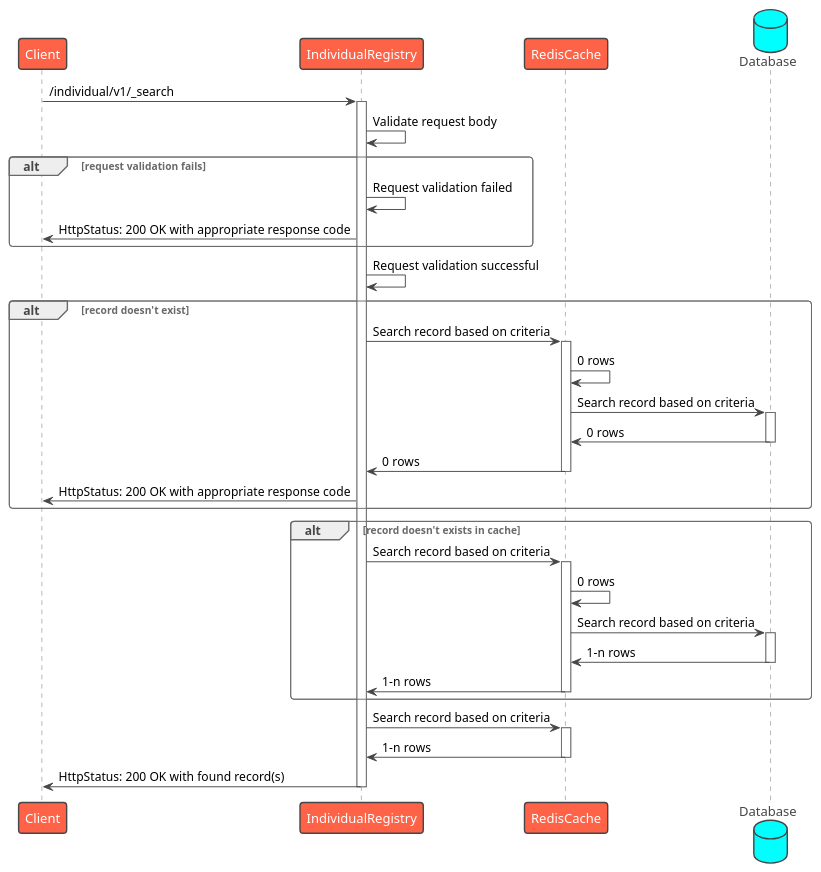
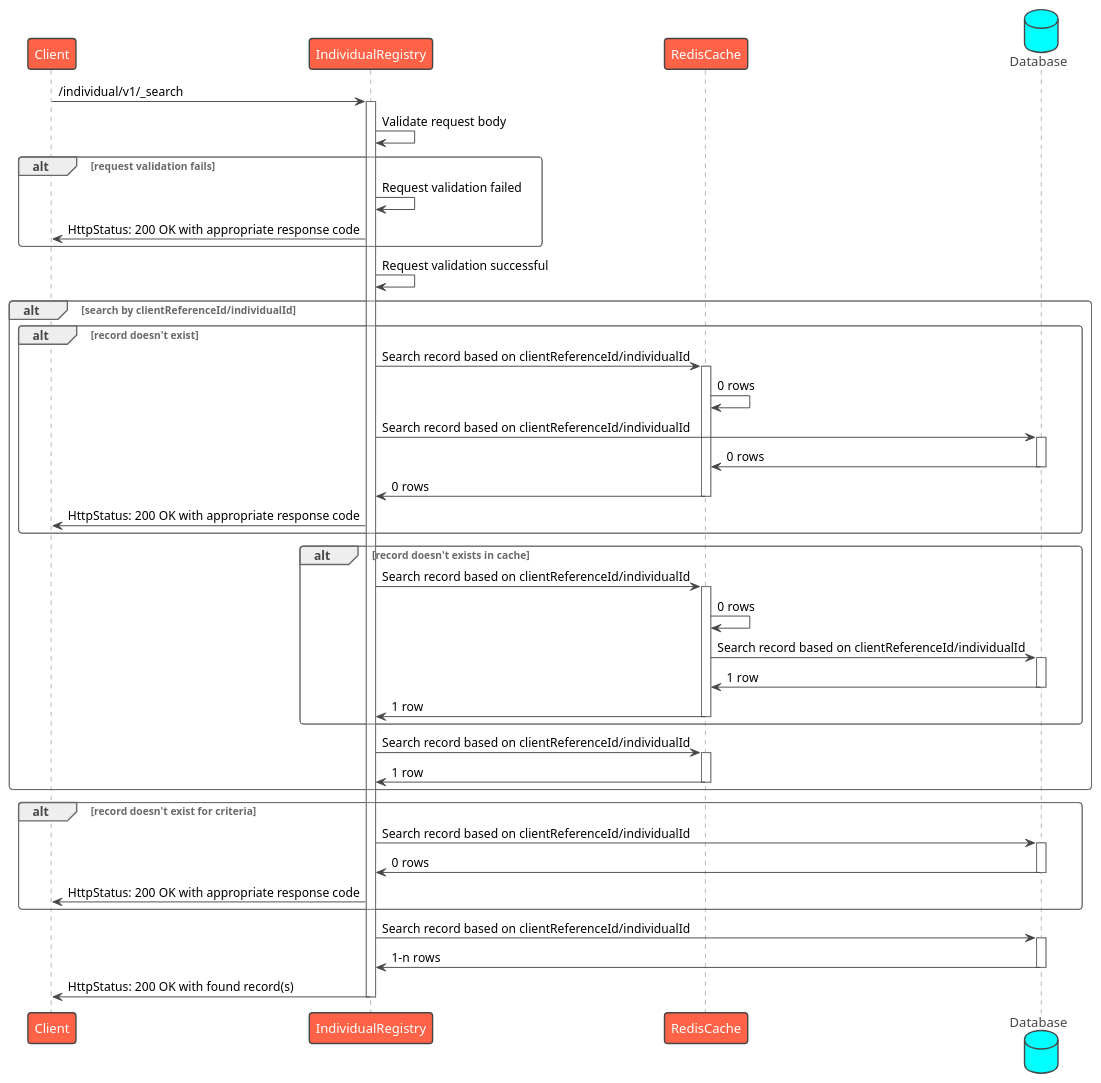
One commit to egovernments/health-api-specs changed the diagram in contracts/registries/individual/sequence/search.puml. Above: the diagram before and after it, drawn with PlantUML. The commit also changed 5 other files, not shown here.

Commit message:
Sequence: Replaced txnId with clientReferenceId

```diff
--- a/contracts/registries/individual/sequence/search.puml
+++ b/contracts/registries/individual/sequence/search.puml
@@ -1,44 +1,57 @@
 @startuml Individual Registry - Search
 !theme vibrant
 participant Client as c
-participant IndividualRegistry as ir
+participant IndividualRegistry as hr
 participant RedisCache as rc
 database Database as db
-c -> ir : /individual/v1/_search
-activate ir
-ir -> ir: Validate request body
+c -> hr : /individual/v1/_search
+activate hr
+hr -> hr: Validate request body
 alt request validation fails
-    ir -> ir: Request validation failed
-    ir -> c: HttpStatus: 200 OK with appropriate response code
+    hr -> hr: Request validation failed
+    hr -> c: HttpStatus: 200 OK with appropriate response code
 end
-ir -> ir: Request validation successful
-alt record doesn't exist
-    ir -> rc: Search record based on criteria
-    activate rc
-    rc -> rc: 0 rows
-    rc -> db: Search record based on criteria
+hr -> hr: Request validation successful
+alt search by clientReferenceId/individualId
+    alt record doesn't exist
+        hr -> rc: Search record based on clientReferenceId/individualId
+        activate rc
+        rc -> rc: 0 rows
+        hr -> db: Search record based on clientReferenceId/individualId
+        activate db
+        db -> rc: 0 rows
+        deactivate db
+        rc -> hr: 0 rows
+        deactivate rc
+        hr -> c: HttpStatus: 200 OK with appropriate response code
+    end
+    alt record doesn't exists in cache
+        hr -> rc: Search record based on clientReferenceId/individualId
+        activate rc
+        rc -> rc: 0 rows
+        rc -> db: Search record based on clientReferenceId/individualId
+        activate db
+        db -> rc: 1 row
+        deactivate db
+        rc -> hr: 1 row
+        deactivate rc
+    end
+hr -> rc: Search record based on clientReferenceId/individualId
+activate rc
+rc -> hr: 1 row
+deactivate rc
+end
+alt record doesn't exist for criteria
+    hr -> db: Search record based on clientReferenceId/individualId
     activate db
-    db -> rc: 0 rows
+    db -> hr: 0 rows
     deactivate db
-    rc -> ir: 0 rows
-    deactivate rc
-    ir -> c: HttpStatus: 200 OK with appropriate response code
+    hr -> c: HttpStatus: 200 OK with appropriate response code
 end
-alt record doesn't exists in cache
-    ir -> rc: Search record based on criteria
-    activate rc
-    rc -> rc: 0 rows
-    rc -> db: Search record based on criteria
-    activate db
-    db -> rc: 1-n rows
-    deactivate db
-    rc -> ir: 1-n rows
-    deactivate rc
-end
-ir -> rc: Search record based on criteria
-activate rc
-rc -> ir: 1-n rows
-deactivate rc
-ir -> c: HttpStatus: 200 OK with found record(s)
-deactivate ir
+hr -> db: Search record based on clientReferenceId/individualId
+activate db
+db -> hr: 1-n rows
+deactivate db
+hr -> c: HttpStatus: 200 OK with found record(s)
+deactivate hr
 @enduml
```
